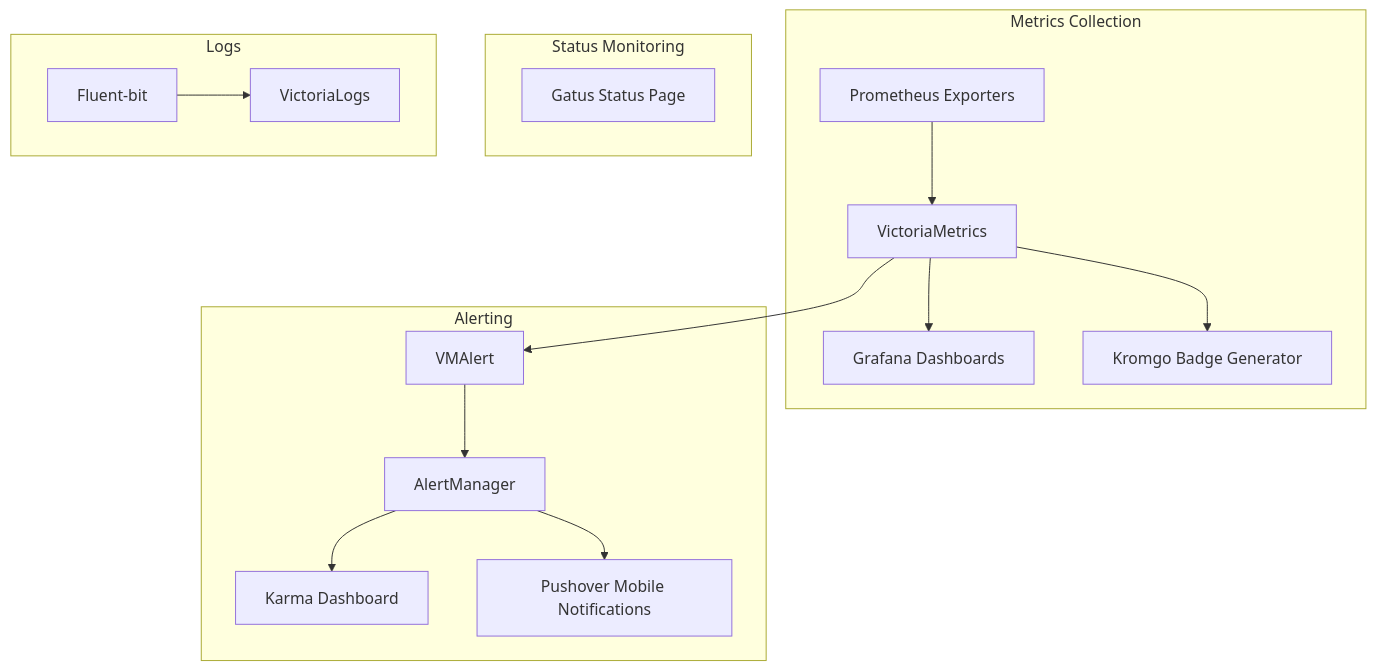
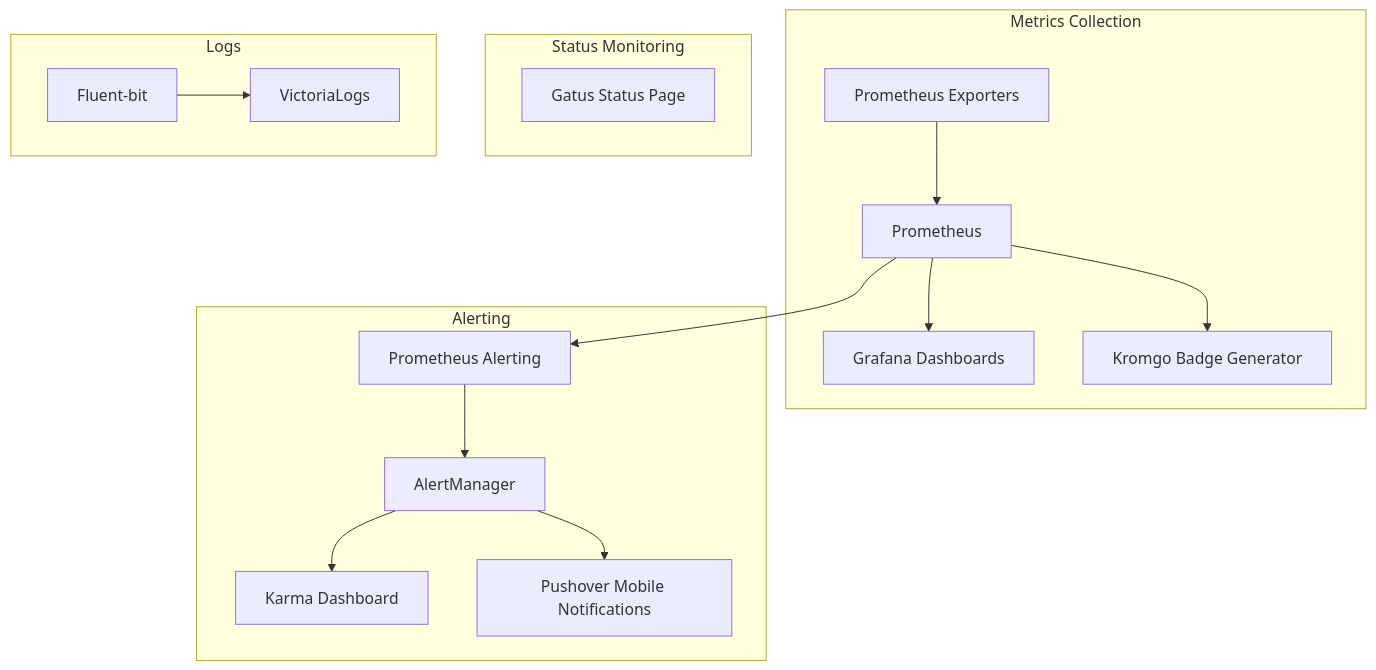
The diagram in docs/operations/observability.md (tscibilia/home-ops), drawn with Mermaid before and after one commit. The commit also changed other lines of this file and 34 other files, not shown here.

````diff
--- a/docs/operations/observability.md
+++ b/docs/operations/observability.md
@@ -9,34 +9,34 @@
 ```mermaid
 graph TB
     subgraph "Metrics Collection"
-        VM[VictoriaMetrics]
+        Prom[Prometheus]
         Exporters[Prometheus Exporters]
         Grafana[Grafana Dashboards]
         Kromgo[Kromgo Badge Generator]
     end
 
     subgraph "Alerting"
-        VMAlert[VMAlert]
+        PromAlert[Prometheus Alerting]
         AM[AlertManager]
         Karma[Karma Dashboard]
         Pushover[Pushover Mobile Notifications]
     end
 
     subgraph "Status Monitoring"
         Gatus[Gatus Status Page]
     end
 
     subgraph "Logs"
         FluentBit[Fluent-bit]
         VLogs[VictoriaLogs]
     end
 
-    Exporters --> VM
-    VM --> Grafana
-    VM --> Kromgo
-    VM --> VMAlert
-    VMAlert --> AM
+    Exporters --> Prom
+    Prom --> Grafana
+    Prom --> Kromgo
+    Prom --> PromAlert
+    PromAlert --> AM
     AM --> Karma
     AM --> Pushover
     FluentBit --> VLogs
 ```
````
